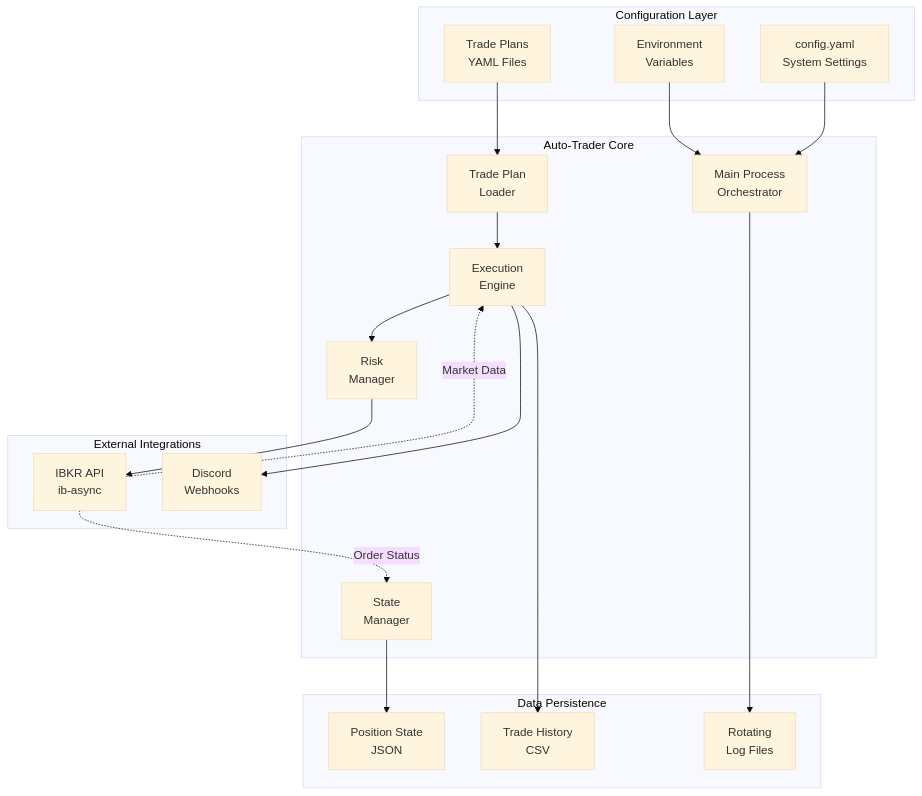
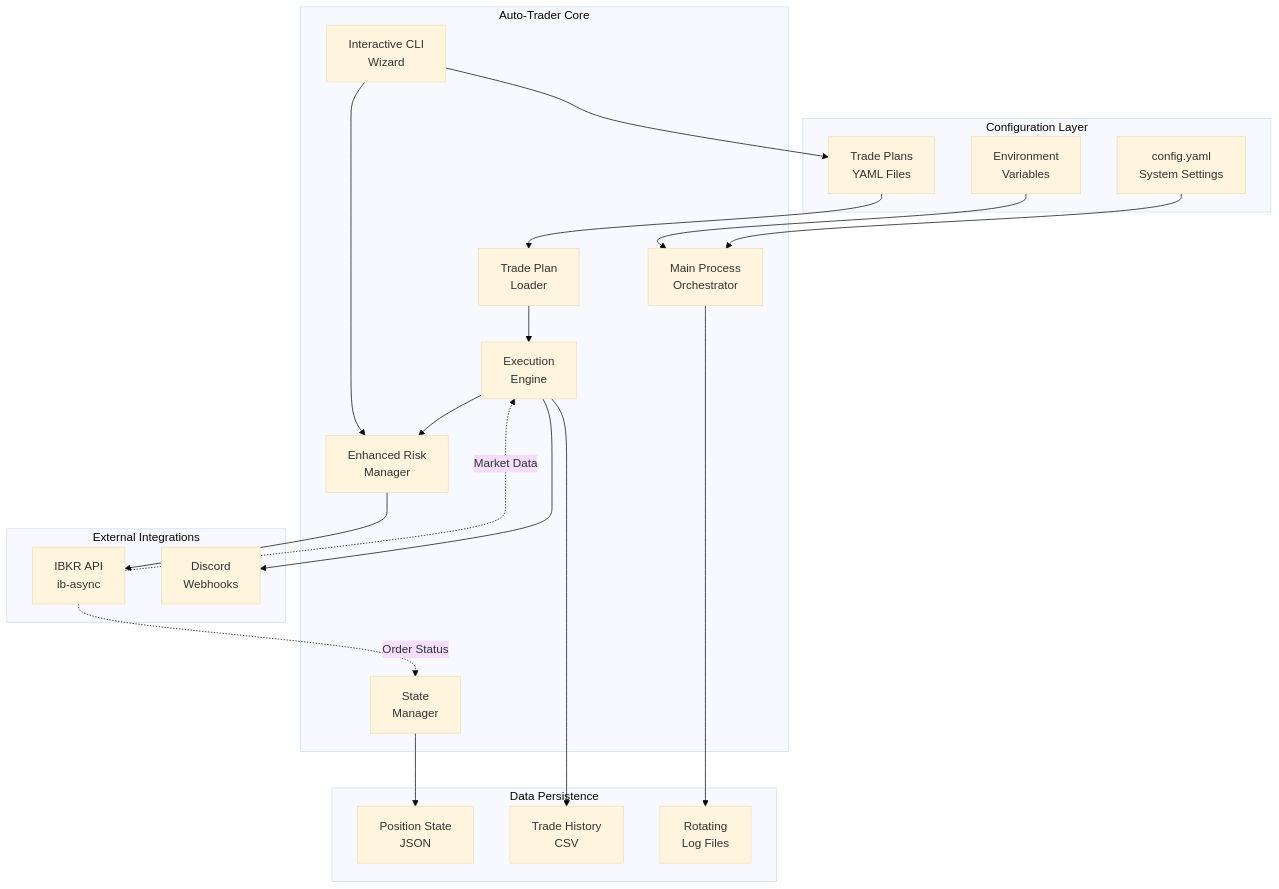
Before and after one commit to allaydesai/auto-trader: the first of 5 diagrams in docs/architecture.md, drawn with Mermaid (base theme). The commit also changed other lines of this file and 3 other files, not shown here.

First line of the commit message:
docs: enhance requirements and architecture with risk management improvements

````diff
--- a/docs/architecture.md
+++ b/docs/architecture.md
@@ -54,43 +56,46 @@
 ```mermaid
 graph TB
     subgraph "Configuration Layer"
         YAML[Trade Plans<br/>YAML Files]
         ENV[Environment<br/>Variables]
         CONFIG[config.yaml<br/>System Settings]
     end
 
     subgraph "Auto-Trader Core"
         MAIN[Main Process<br/>Orchestrator]
         LOADER[Trade Plan<br/>Loader]
+        CLI[Interactive CLI<br/>Wizard]
         ENGINE[Execution<br/>Engine]
-        RISK[Risk<br/>Manager]
+        RISK[Enhanced Risk<br/>Manager]
         STATE[State<br/>Manager]
     end
 
     subgraph "External Integrations"
         IBKR[IBKR API<br/>ib-async]
         DISCORD[Discord<br/>Webhooks]
     end
 
     subgraph "Data Persistence"
         JSON[Position State<br/>JSON]
         CSV[Trade History<br/>CSV]
         LOGS[Rotating<br/>Log Files]
     end
 
     YAML --> LOADER
+    CLI --> YAML
     ENV --> MAIN
     CONFIG --> MAIN
     
     LOADER --> ENGINE
+    CLI --> RISK
     ENGINE --> RISK
     RISK --> IBKR
     
     IBKR -.->|Market Data| ENGINE
     IBKR -.->|Order Status| STATE
     
     ENGINE --> DISCORD
     STATE --> JSON
     ENGINE --> CSV
     MAIN --> LOGS
 ```
````
